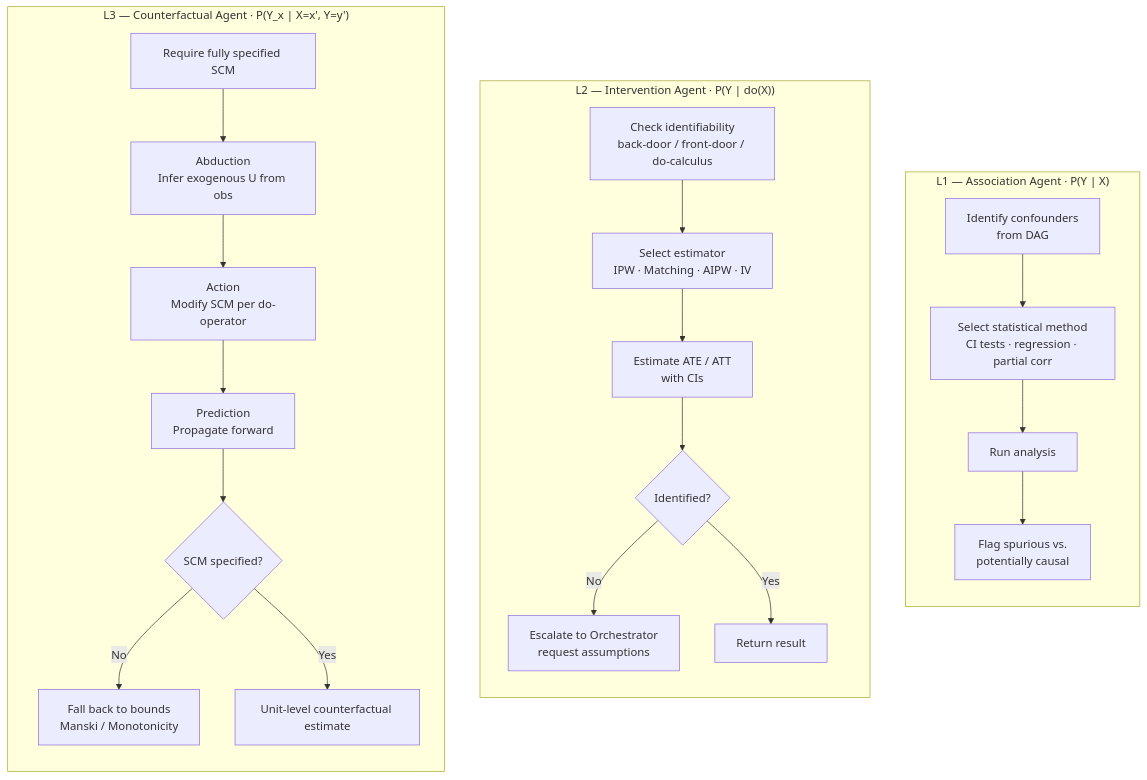
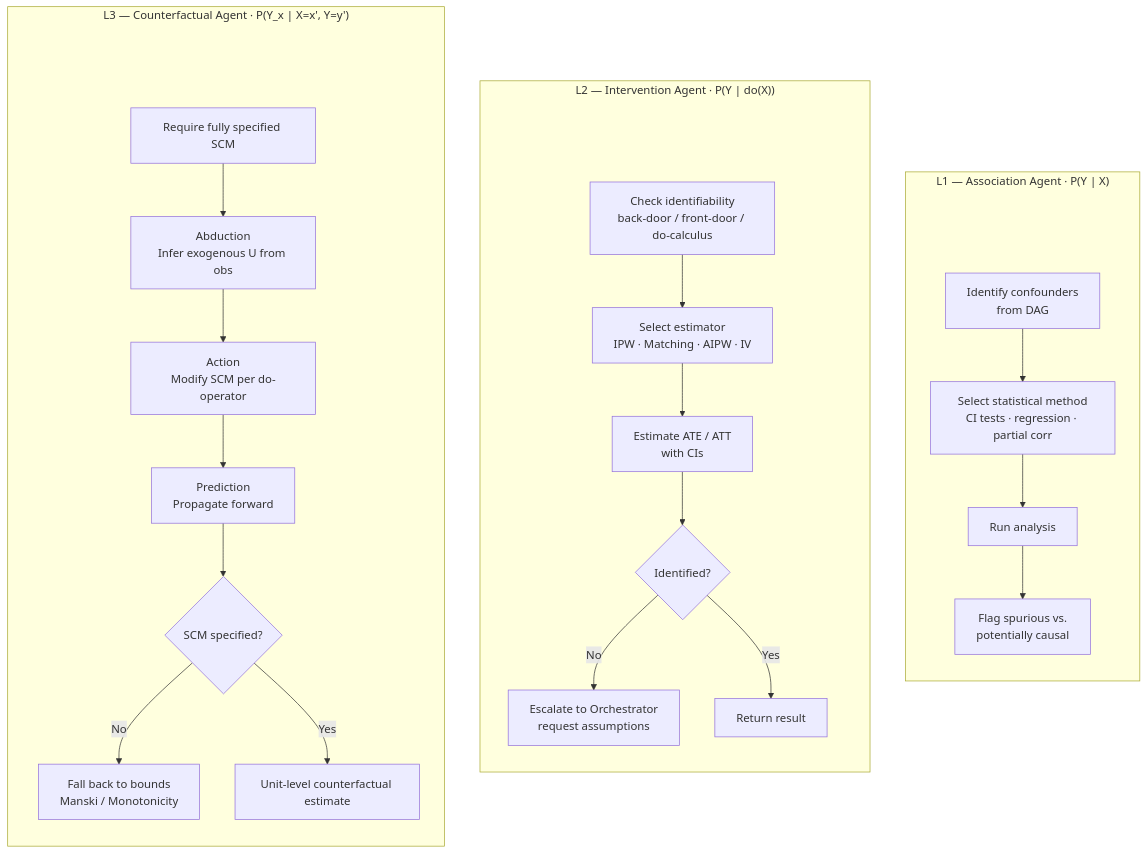
Before and after one commit to dimitarpg13/agentic_architectures_and_design_patterns: the second of 5 diagrams in notebooks/causal_inference/causal_inference_agentic_workflow.md, drawn with Mermaid.

Commit message:
fix rectangle padding

````diff
--- a/notebooks/causal_inference/causal_inference_agentic_workflow.md
+++ b/notebooks/causal_inference/causal_inference_agentic_workflow.md
@@ -38,28 +38,35 @@
 ```mermaid
 flowchart TB
     subgraph L1["L1 — Association Agent · P(Y | X)"]
         direction TB
+        L1_pad[ ] ~~~ A1
         A1["Identify confounders<br/>from DAG"] --> A2["Select statistical method<br/>CI tests · regression · partial corr"]
         A2 --> A3["Run analysis"]
         A3 --> A4["Flag spurious vs.<br/>potentially causal"]
     end
 
     subgraph L2["L2 — Intervention Agent · P(Y | do(X))"]
         direction TB
+        L2_pad[ ] ~~~ B1
         B1["Check identifiability<br/>back-door / front-door / do-calculus"] --> B2["Select estimator<br/>IPW · Matching · AIPW · IV"]
         B2 --> B3["Estimate ATE / ATT<br/>with CIs"]
         B3 --> B4{"Identified?"}
         B4 -- No --> B5["Escalate to Orchestrator<br/>request assumptions"]
         B4 -- Yes --> B6["Return result"]
     end
 
     subgraph L3["L3 — Counterfactual Agent · P(Y_x | X=x', Y=y')"]
         direction TB
+        L3_pad[ ] ~~~ C1
         C1["Require fully specified SCM"] --> C2["Abduction<br/>Infer exogenous U from obs"]
         C2 --> C3["Action<br/>Modify SCM per do-operator"]
         C3 --> C4["Prediction<br/>Propagate forward"]
         C4 --> C5{"SCM specified?"}
         C5 -- No --> C6["Fall back to bounds<br/>Manski / Monotonicity"]
         C5 -- Yes --> C7["Unit-level counterfactual estimate"]
     end
+
+    style L1_pad fill:none,stroke:none,color:none
+    style L2_pad fill:none,stroke:none,color:none
+    style L3_pad fill:none,stroke:none,color:none
 ```
````
